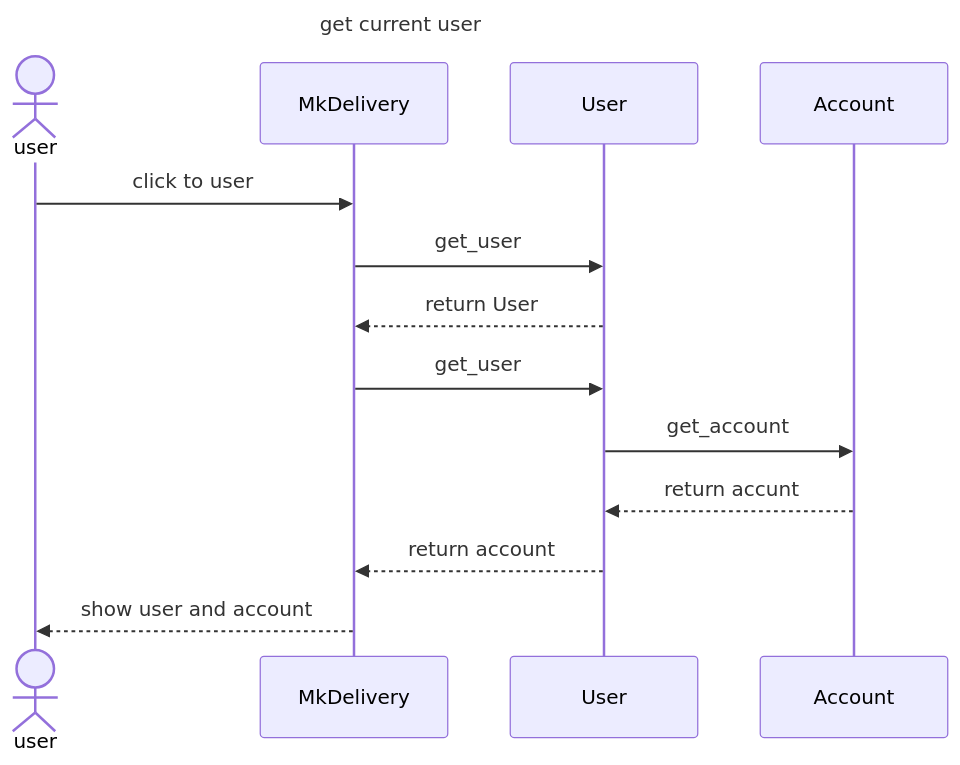
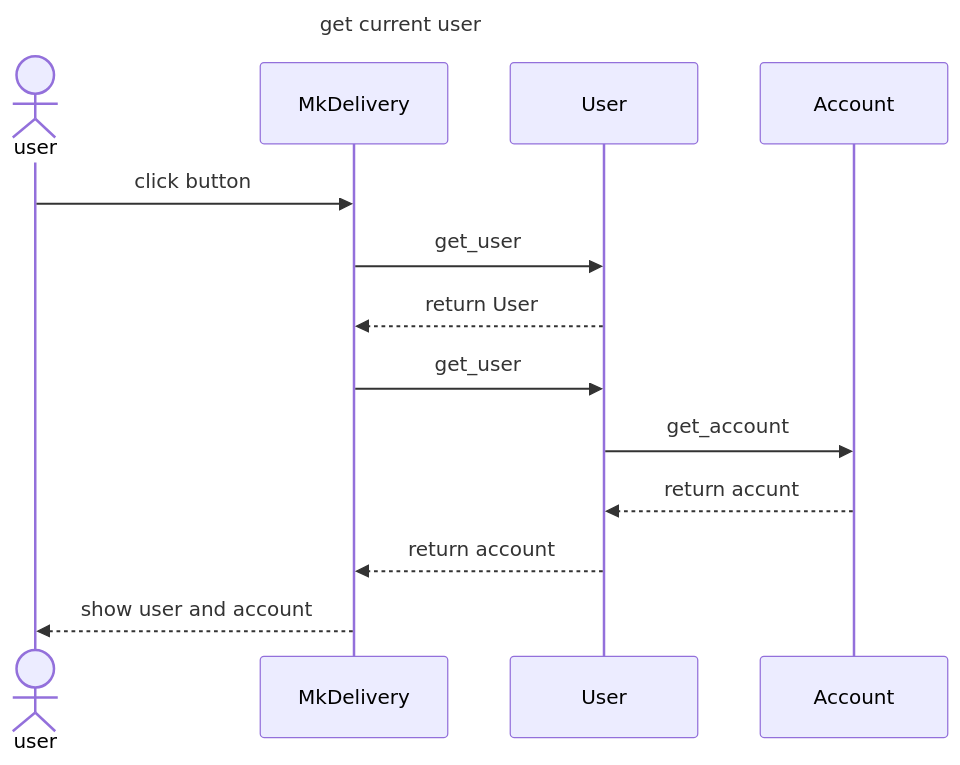
Before and after one commit to MxMhx/OOP_Project_MK_website: the diagram in sequence_diag/users/get current user.mmd, drawn with Mermaid.

Commit message:
Update get current user.mmd

```diff
--- a/sequence_diag/users/get current user.mmd
+++ b/sequence_diag/users/get current user.mmd
@@ -1,15 +1,15 @@
 sequenceDiagram
     title get current user
     actor user
     participant MkDelivery
     participant User
     participant Account
    
-    user ->> MkDelivery:click to user
+    user ->> MkDelivery:click button
     MkDelivery ->> User:get_user
     User -->> MkDelivery:return User
     MkDelivery ->> User:get_user
     User ->> Account:get_account
     Account -->> User:return accunt
     User -->> MkDelivery:return account
     MkDelivery -->> user:show user and account
```
